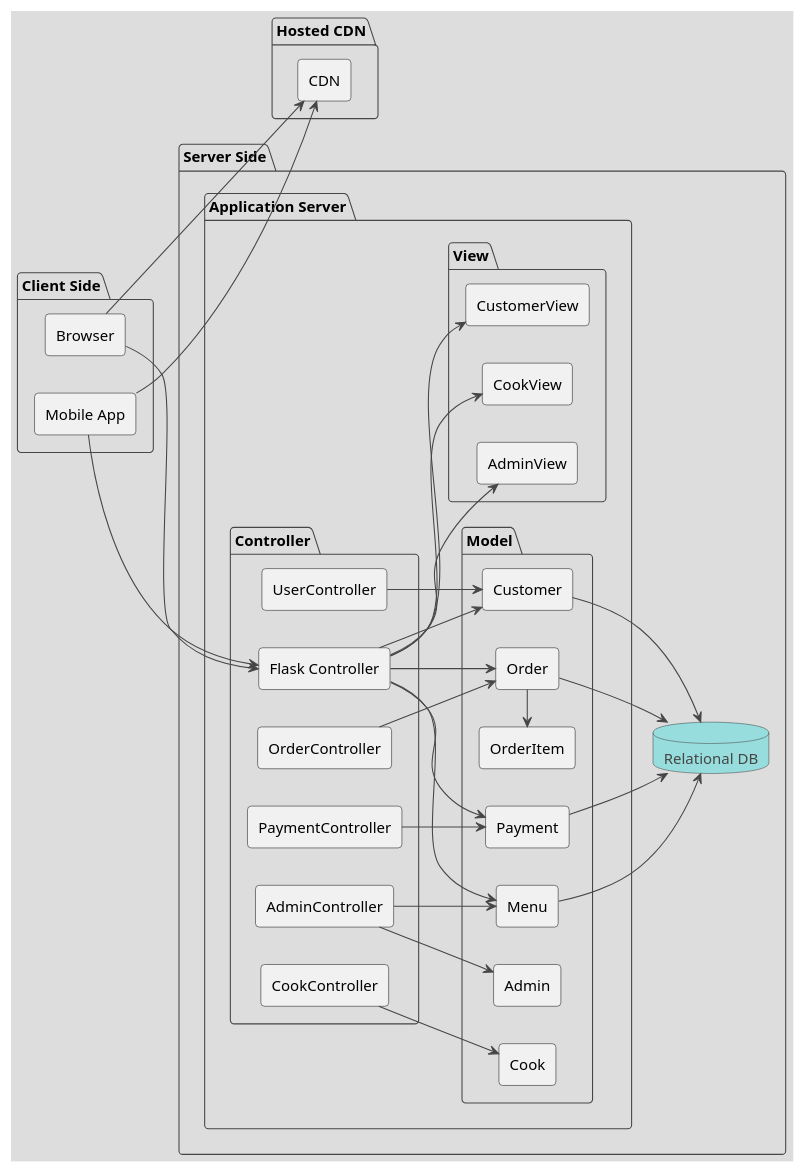
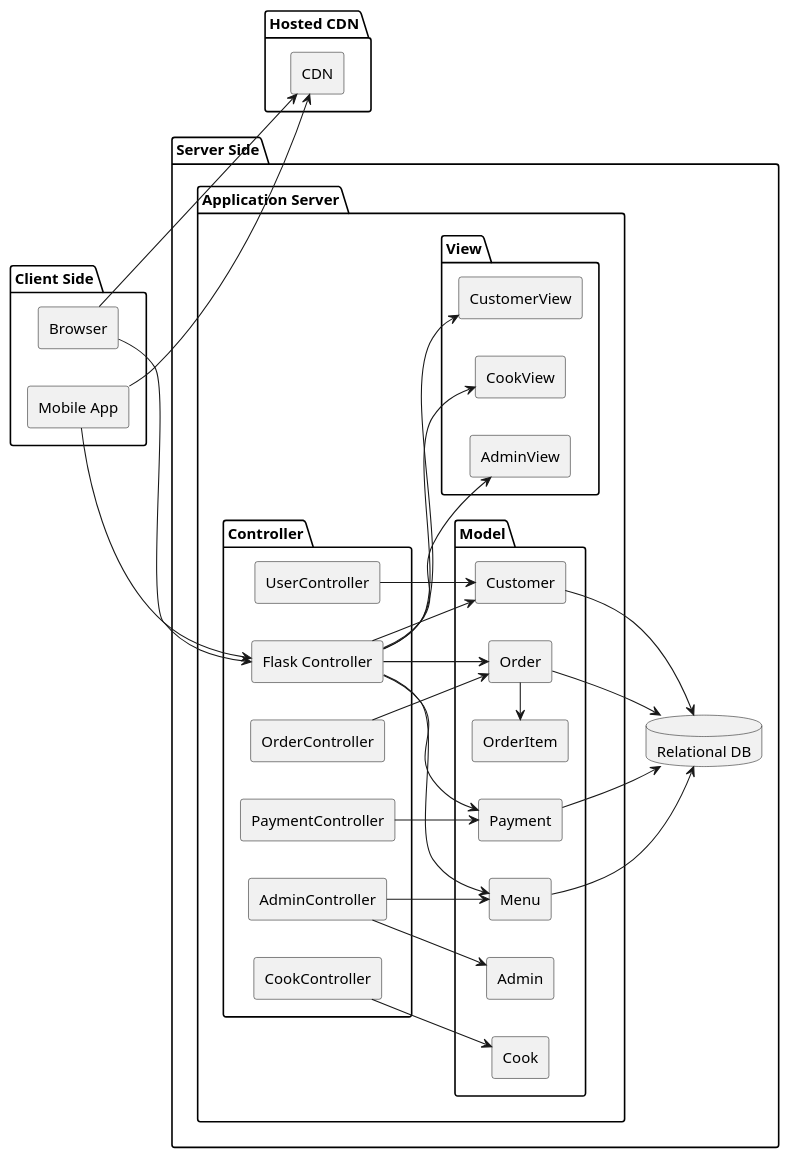
The diagram in DOCS/componetsTwo.plantUML (jayd719/DjangoFoodOrderingApp), drawn with PlantUML before and after one commit. The commit also changed 7 other files, not shown here.

```diff
--- a/DOCS/componetsTwo.plantUML
+++ b/DOCS/componetsTwo.plantUML
@@ -1,70 +1,69 @@
 @startuml comps
 left to right direction
-!theme toy
 
 
 package "Client Side" {
     RECTANGLE Browser
     RECTANGLE "Mobile App"
 }
 
 package "Hosted CDN" {
     RECTANGLE CDN
 }
 
 package "Server Side" {
     package "Application Server" {
         package "Controller" {
             RECTANGLE "Flask Controller"
             RECTANGLE OrderController
             RECTANGLE PaymentController
             RECTANGLE CookController
             RECTANGLE UserController
             RECTANGLE AdminController
         }
 
         package "Model" {
             RECTANGLE Order
             RECTANGLE OrderItem
             RECTANGLE Customer
             RECTANGLE Cook
             RECTANGLE Admin
             RECTANGLE Menu
             RECTANGLE Payment
         }
 
         package "View" {
             RECTANGLE CustomerView
             RECTANGLE CookView
             RECTANGLE AdminView
         }
     }
 
     database "Relational DB"
 
 }
 
 Browser --> CDN
 "Mobile App" --> CDN
 Browser --> "Flask Controller"
 "Mobile App" --> "Flask Controller"
 "Flask Controller" --> CustomerView
 "Flask Controller" --> CookView
 "Flask Controller" --> AdminView
 "Flask Controller" --> Order
 "Flask Controller" --> Customer
 "Flask Controller" --> Menu
 "Flask Controller" --> Payment
 Order --> "Relational DB"
 Customer --> "Relational DB"
 Menu --> "Relational DB"
 Payment --> "Relational DB"
 OrderController --> Order
 PaymentController --> Payment
 UserController --> Customer
 AdminController --> Admin
 AdminController --> Menu
 CookController-->Cook
 Order-l-> OrderItem
 
 @enduml
```
